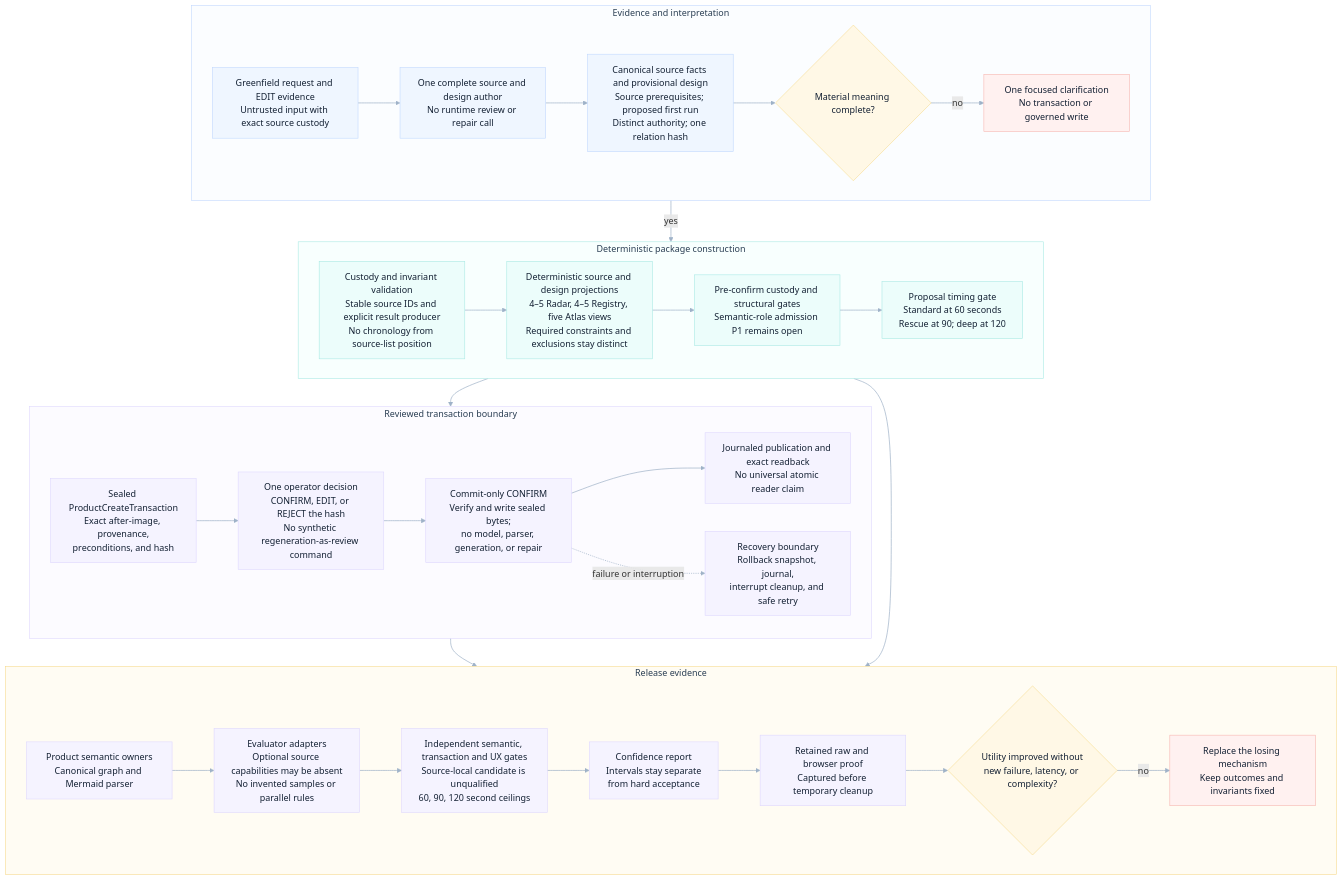
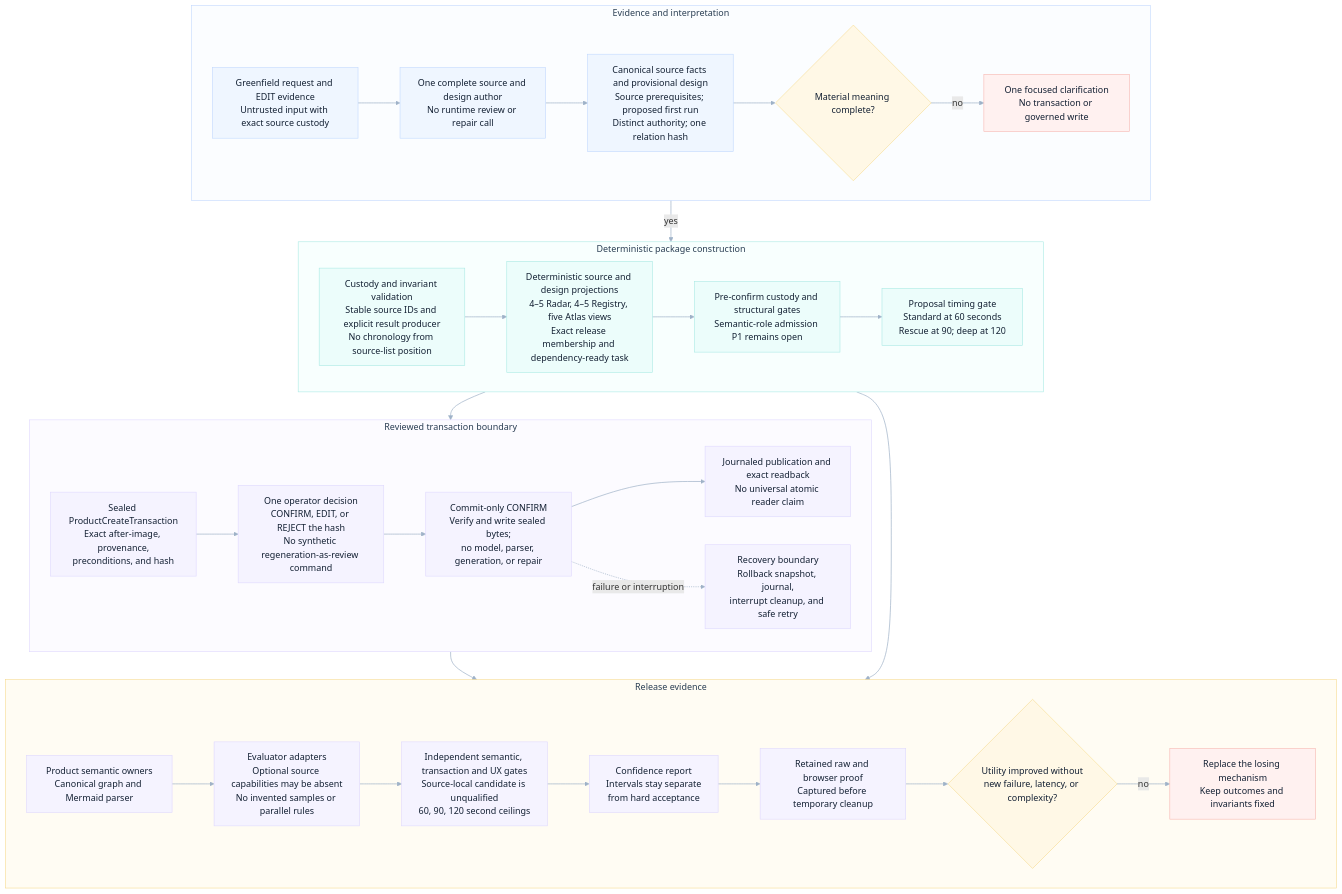
Before and after one commit to odylith/odylith: the diagram in odylith/atlas/source/domain-intelligence-greenfield-governance.mmd, drawn with Mermaid. The commit also changed 65 other files, not shown here.

```diff
--- a/odylith/atlas/source/domain-intelligence-greenfield-governance.mmd
+++ b/odylith/atlas/source/domain-intelligence-greenfield-governance.mmd
@@ -1,66 +1,66 @@
 flowchart TB
     subgraph evidence_lane["Evidence and interpretation"]
       direction LR
       request["Greenfield request and EDIT evidence<br/>Untrusted input with exact source custody"]
       model_pass["One complete source and design author<br/>No runtime review or repair call"]
       typed_graph["Canonical source facts and provisional design<br/>Source prerequisites; proposed first run<br/>Distinct authority; one relation hash"]
       ambiguity{"Material meaning complete?"}
       clarify["One focused clarification<br/>No transaction or governed write"]
       request --> model_pass --> typed_graph --> ambiguity
       ambiguity -- "no" --> clarify
     end
 
     subgraph projection_lane["Deterministic package construction"]
       direction LR
       custody["Custody and invariant validation<br/>Stable source IDs and explicit result producer<br/>No chronology from source-list position"]
-      projections["Deterministic source and design projections<br/>4–5 Radar, 4–5 Registry, five Atlas views<br/>Required constraints and exclusions stay distinct"]
+      projections["Deterministic source and design projections<br/>4–5 Radar, 4–5 Registry, five Atlas views<br/>Exact release membership and dependency-ready task"]
       quality["Pre-confirm custody and structural gates<br/>Semantic-role admission P1 remains open"]
       timing["Proposal timing gate<br/>Standard at 60 seconds<br/>Rescue at 90; deep at 120"]
       custody --> projections --> quality --> timing
     end
 
     subgraph transaction_lane["Reviewed transaction boundary"]
       direction LR
       sealed["Sealed ProductCreateTransaction<br/>Exact after-image, provenance,<br/>preconditions, and hash"]
       decision["One operator decision<br/>CONFIRM, EDIT, or REJECT the hash<br/>No synthetic regeneration-as-review command"]
       confirm["Commit-only CONFIRM<br/>Verify and write sealed bytes;<br/>no model, parser, generation, or repair"]
       publish["Journaled publication and exact readback<br/>No universal atomic reader claim"]
       recovery["Recovery boundary<br/>Rollback snapshot, journal,<br/>interrupt cleanup, and safe retry"]
       sealed --> decision --> confirm --> publish
       confirm -. "failure or interruption" .-> recovery
     end
 
     subgraph proof_lane["Release evidence"]
       direction LR
       owners["Product semantic owners<br/>Canonical graph and Mermaid parser"]
       evaluator["Evaluator adapters<br/>Optional source capabilities may be absent<br/>No invented samples or parallel rules"]
       acceptance["Independent semantic, transaction and UX gates<br/>Source-local candidate is unqualified<br/>60, 90, 120 second ceilings"]
       confidence["Confidence report<br/>Intervals stay separate<br/>from hard acceptance"]
       retained["Retained raw and browser proof<br/>Captured before temporary cleanup"]
       drift{"Utility improved without<br/>new failure, latency, or complexity?"}
       replace["Replace the losing mechanism<br/>Keep outcomes and invariants fixed"]
       owners --> evaluator --> acceptance --> confidence --> retained --> drift
       drift -- "no" --> replace
     end
 
     ambiguity -- "yes" --> custody
     timing --> sealed
     quality --> evaluator
     publish --> retained
 
     classDef primary fill:#EFF6FF,stroke:#BFD7FE,color:#132033,stroke-width:1px;
     classDef execution fill:#ECFDFB,stroke:#A7E9E3,color:#132033,stroke-width:1px;
     classDef governance fill:#F5F3FF,stroke:#DDD6FE,color:#132033,stroke-width:1px;
     classDef constraint fill:#FFF8E6,stroke:#F6D98B,color:#132033,stroke-width:1px;
     classDef invalid fill:#FFF1F0,stroke:#F7B4AE,color:#132033,stroke-width:1px;
     class request,model_pass,typed_graph primary;
     class custody,projections,quality,timing execution;
     class sealed,decision,confirm,publish,recovery,owners,evaluator,acceptance,confidence,retained governance;
     class ambiguity,drift constraint;
     class clarify,replace invalid;
 
     style evidence_lane fill:#FBFDFF,stroke:#BFD7FE,stroke-width:1px,color:#293D52
     style projection_lane fill:#F8FFFE,stroke:#A7E9E3,stroke-width:1px,color:#293D52
     style transaction_lane fill:#FCFBFF,stroke:#DDD6FE,stroke-width:1px,color:#293D52
     style proof_lane fill:#FFFCF3,stroke:#F6D98B,stroke-width:1px,color:#293D52
     linkStyle default stroke:#9FB2C8,stroke-width:1.25px
```
